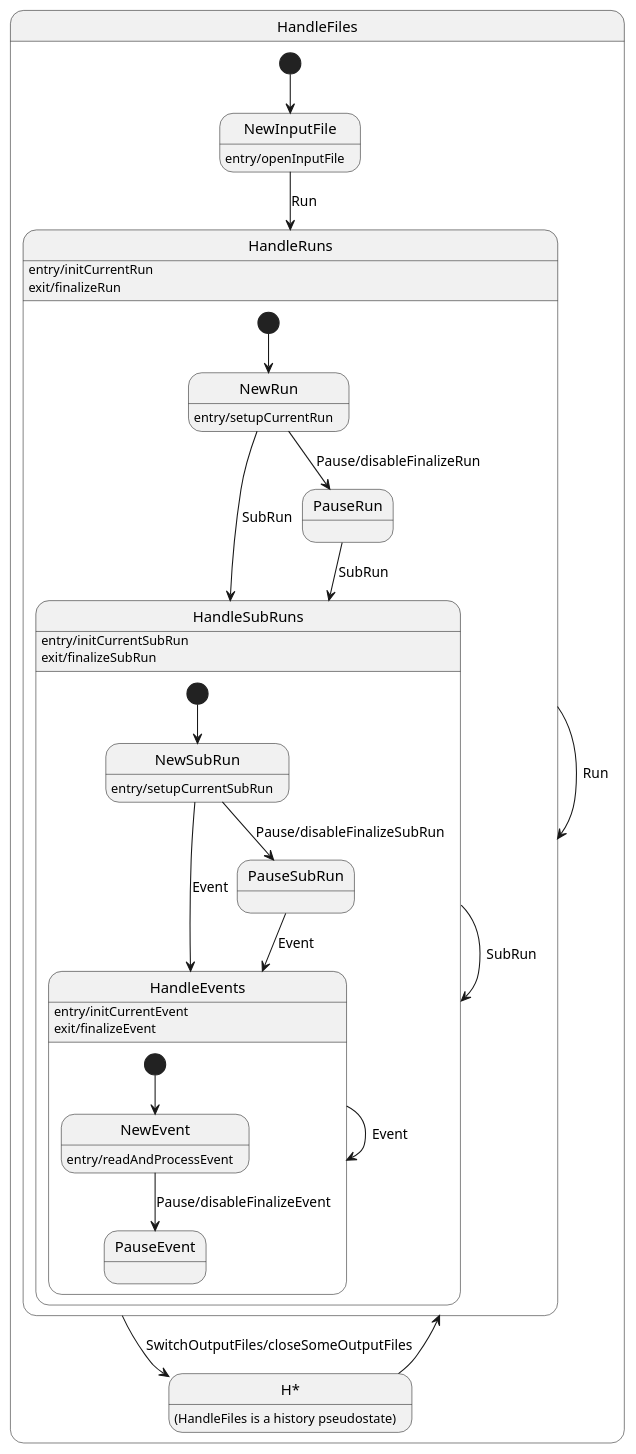
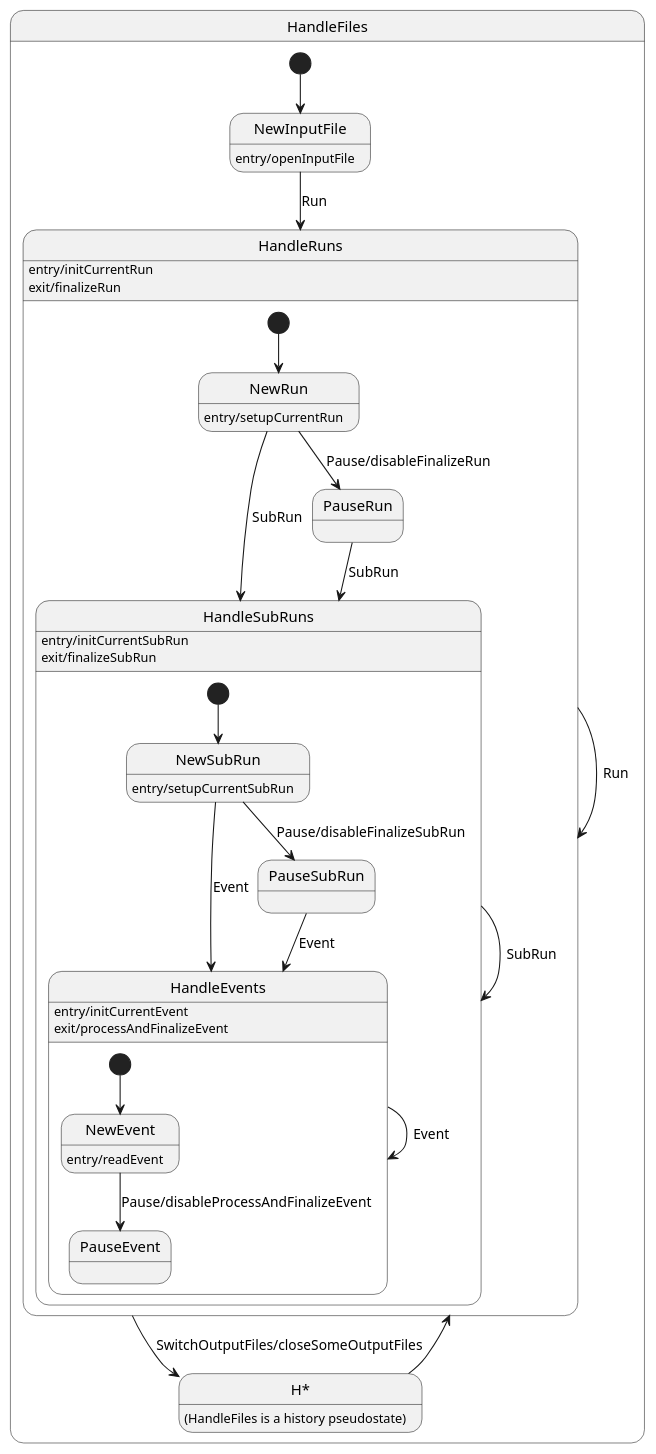
The diagram in art/Framework/EventProcessor/StateMachine/doc/sm_handleFiles.iuml (art-framework-suite/art), drawn with PlantUML before and after one commit. The commit also changed 28 other files, not shown here.

```diff
--- a/art/Framework/EventProcessor/StateMachine/doc/sm_handleFiles.iuml
+++ b/art/Framework/EventProcessor/StateMachine/doc/sm_handleFiles.iuml
@@ -1,50 +1,50 @@
 state HandleFiles {
 
   [*] --> NewInputFile
   NewInputFile --> HandleRuns: Run
-  
+
   NewInputFile: entry/openInputFile
 
   state "H*" as hist
   hist: (HandleFiles is a history pseudostate)
   hist --> HandleRuns
 
   HandleRuns --> HandleRuns: Run
   HandleRuns --> hist: SwitchOutputFiles/closeSomeOutputFiles
 
   state HandleRuns {
     [*] --> NewRun
     NewRun --> HandleSubRuns: SubRun
     NewRun: entry/setupCurrentRun
 
     NewRun --> PauseRun: Pause/disableFinalizeRun
     PauseRun --> HandleSubRuns: SubRun
 
 
     HandleSubRuns --> HandleSubRuns: SubRun
     state HandleSubRuns {
 
       [*] --> NewSubRun
       NewSubRun --> HandleEvents: Event
       NewSubRun: entry/setupCurrentSubRun
 
       NewSubRun --> PauseSubRun: Pause/disableFinalizeSubRun
       PauseSubRun --> HandleEvents: Event
 
       HandleEvents --> HandleEvents: Event
 
       state HandleEvents {
         [*] --> NewEvent
-        NewEvent: entry/readAndProcessEvent
+        NewEvent: entry/readEvent
 
-	NewEvent --> PauseEvent: Pause/disableFinalizeEvent
+        NewEvent --> PauseEvent: Pause/disableProcessAndFinalizeEvent
       }
       HandleEvents: entry/initCurrentEvent
-      HandleEvents: exit/finalizeEvent
+      HandleEvents: exit/processAndFinalizeEvent
     }
     HandleSubRuns: entry/initCurrentSubRun
     HandleSubRuns: exit/finalizeSubRun
   }
   HandleRuns: entry/initCurrentRun
   HandleRuns: exit/finalizeRun
 }
```
